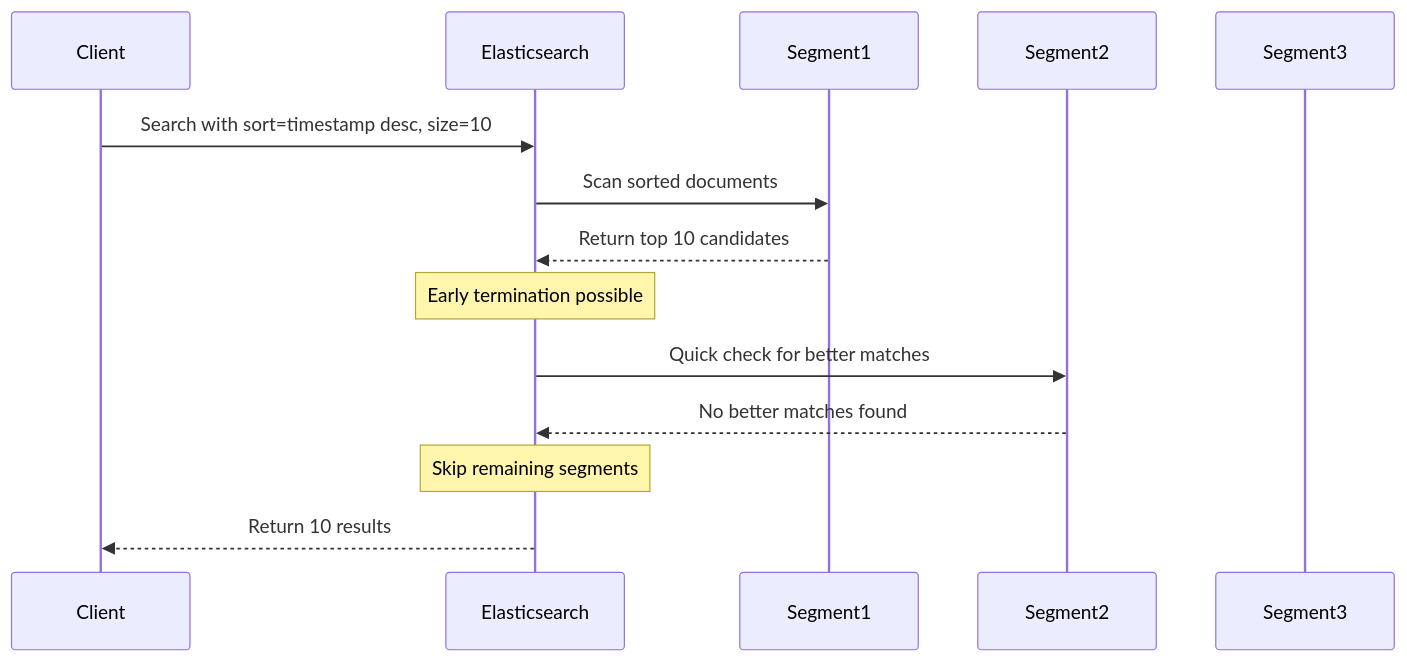
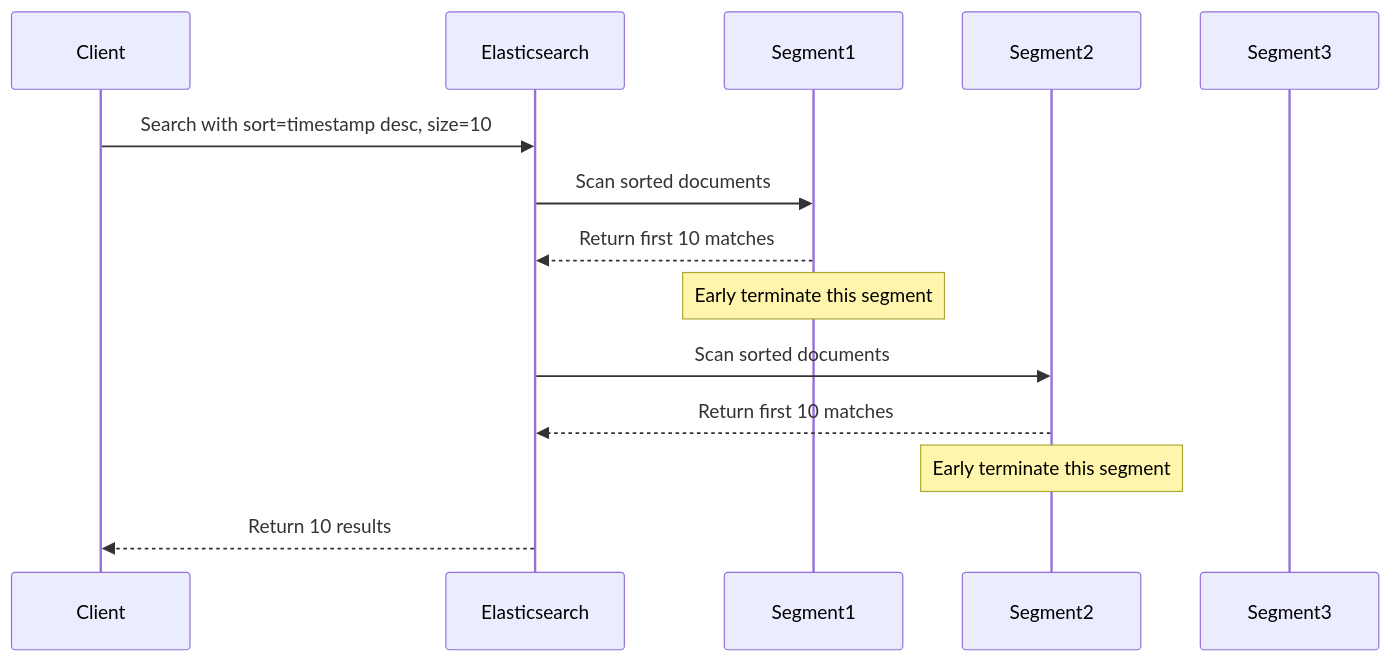
One commit to OneUptime/blog changed the second of 6 diagrams in posts/2026-01-30-elasticsearch-index-sorting/README.md. Above: the diagram before and after it, drawn with Mermaid. The commit also changed other lines of this file and 2 other files, not shown here.

Commit message:
validate: 2026-01-30-elasticsearch-index-sorting

````diff
--- a/posts/2026-01-30-elasticsearch-index-sorting/README.md
+++ b/posts/2026-01-30-elasticsearch-index-sorting/README.md
@@ -147,17 +147,17 @@
 ```mermaid
 sequenceDiagram
     participant Client
     participant Elasticsearch
     participant Segment1
     participant Segment2
     participant Segment3
 
     Client->>Elasticsearch: Search with sort=timestamp desc, size=10
     Elasticsearch->>Segment1: Scan sorted documents
-    Segment1-->>Elasticsearch: Return top 10 candidates
-    Note over Elasticsearch: Early termination possible
-    Elasticsearch->>Segment2: Quick check for better matches
-    Segment2-->>Elasticsearch: No better matches found
-    Note over Elasticsearch: Skip remaining segments
+    Segment1-->>Elasticsearch: Return first 10 matches
+    Note over Segment1: Early terminate this segment
+    Elasticsearch->>Segment2: Scan sorted documents
+    Segment2-->>Elasticsearch: Return first 10 matches
+    Note over Segment2: Early terminate this segment
     Elasticsearch-->>Client: Return 10 results
 ```
````
